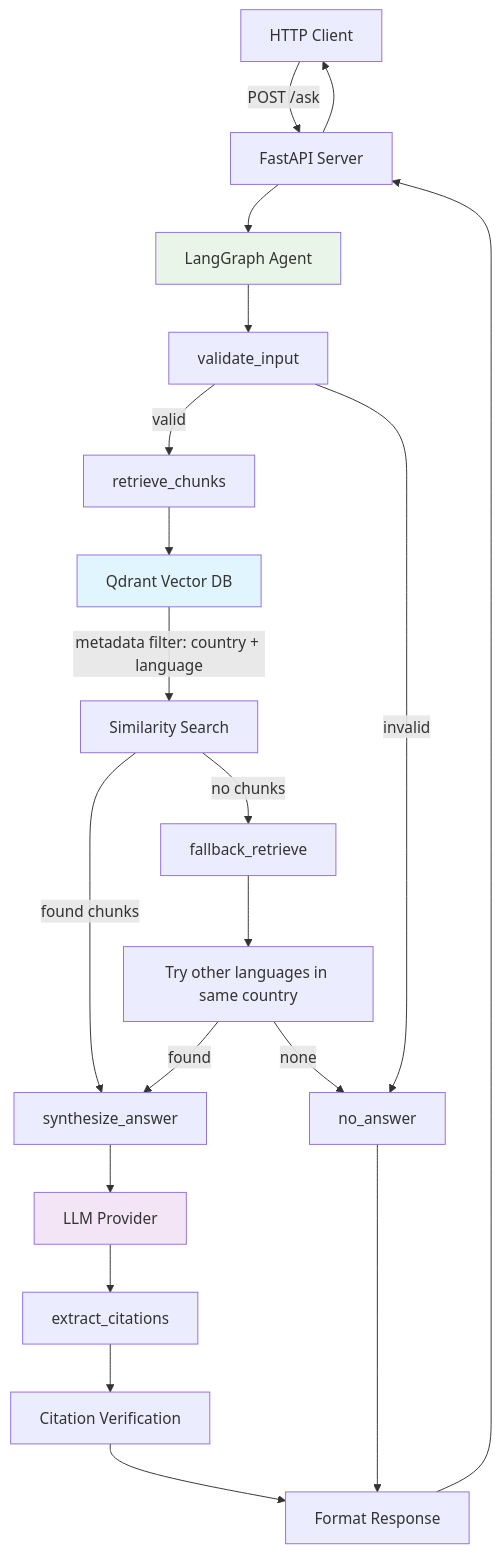
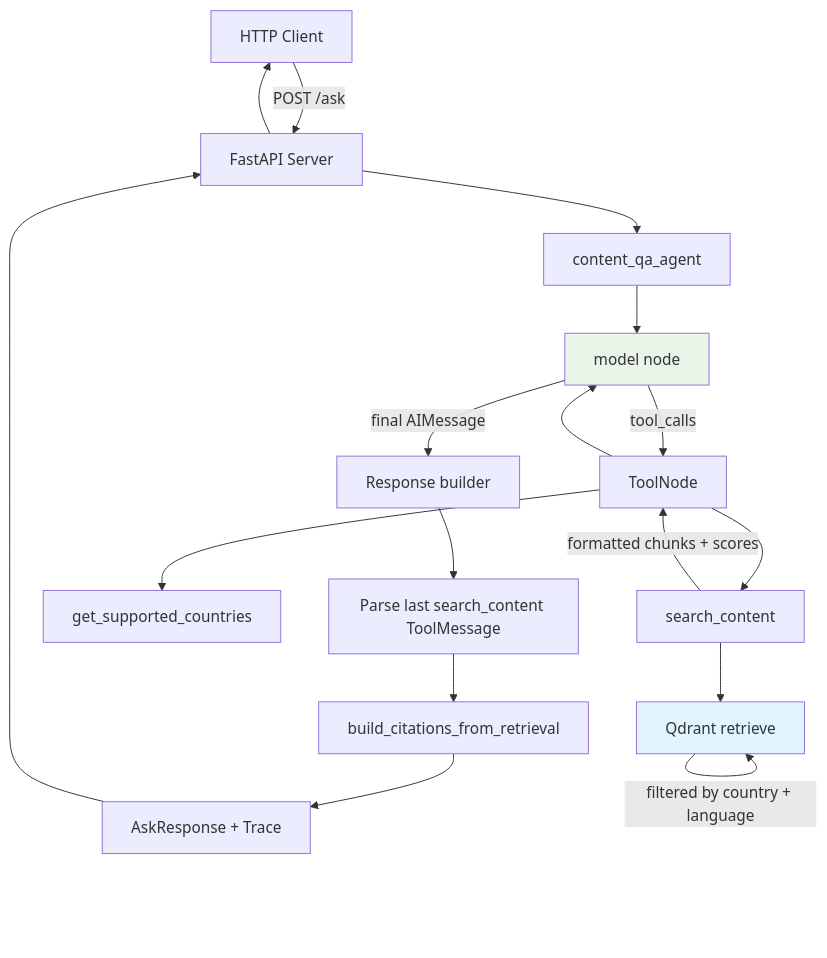
Before and after one commit to Ekram007/multi-country-content-qa: the diagram in ARCHITECTURE.md, drawn with Mermaid. The commit also changed other lines of this file and 10 other files, not shown here.

First line of the commit message:
Refactor architecture and enhance content Q&A agent functionality

````diff
--- a/ARCHITECTURE.md
+++ b/ARCHITECTURE.md
@@ -11,31 +11,22 @@
 ```mermaid
 graph TD
     A[HTTP Client] -->|POST /ask| B[FastAPI Server]
-    B --> C[LangGraph Agent]
-    
-    C --> D[validate_input]
-    D -->|valid| E[retrieve_chunks]
-    D -->|invalid| F[no_answer]
-    
-    E --> G[Qdrant Vector DB]
-    G -->|metadata filter: country + language| H[Similarity Search]
-    H -->|found chunks| I[synthesize_answer] 
-    H -->|no chunks| J[fallback_retrieve]
-    
-    J --> K[Try other languages in same country]
-    K -->|found| I
-    K -->|none| F
-    
-    I --> L[LLM Provider]
-    L --> M[extract_citations]
-    M --> N[Citation Verification]
-    N --> O[Format Response]
-    
-    F --> O
-    O --> B
+    B --> C[content_qa_agent]
+    C --> D[model node]
+    D -->|tool_calls| E[ToolNode]
+    E --> F[search_content]
+    E --> G[get_supported_countries]
+    F --> H[Qdrant retrieve]
+    H -->|filtered by country + language| H
+    F -->|formatted chunks + scores| E
+    E --> D
+    D -->|final AIMessage| I[Response builder]
+    I --> J[Parse last search_content ToolMessage]
+    J --> K[build_citations_from_retrieval]
+    K --> L[AskResponse + Trace]
+    L --> B
     B --> A
-    
-    style G fill:#e1f5fe
-    style L fill:#f3e5f5
-    style C fill:#e8f5e8
+
+    style H fill:#e1f5fe
+    style D fill:#e8f5e8
 ```
````
